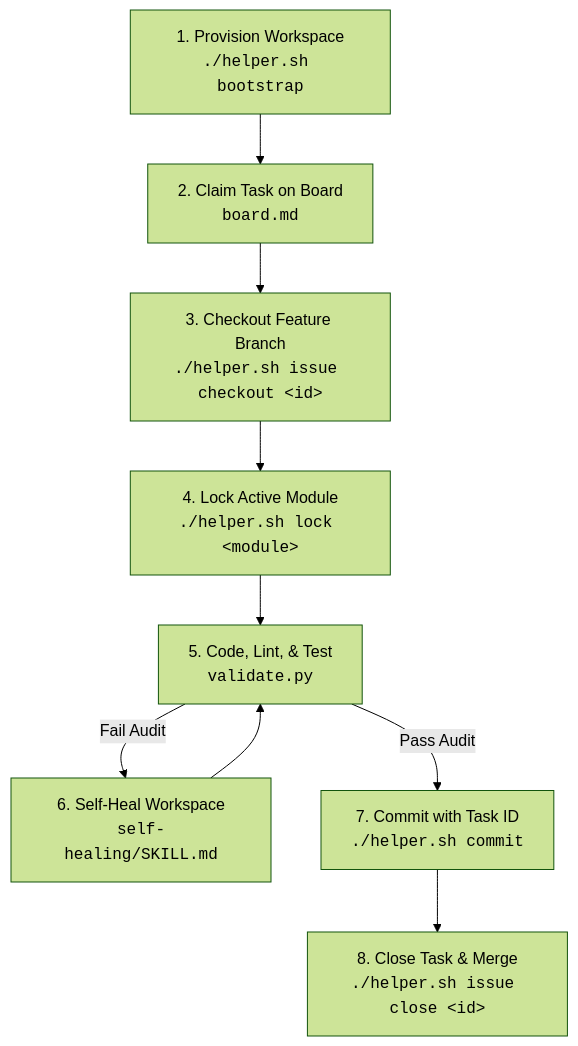
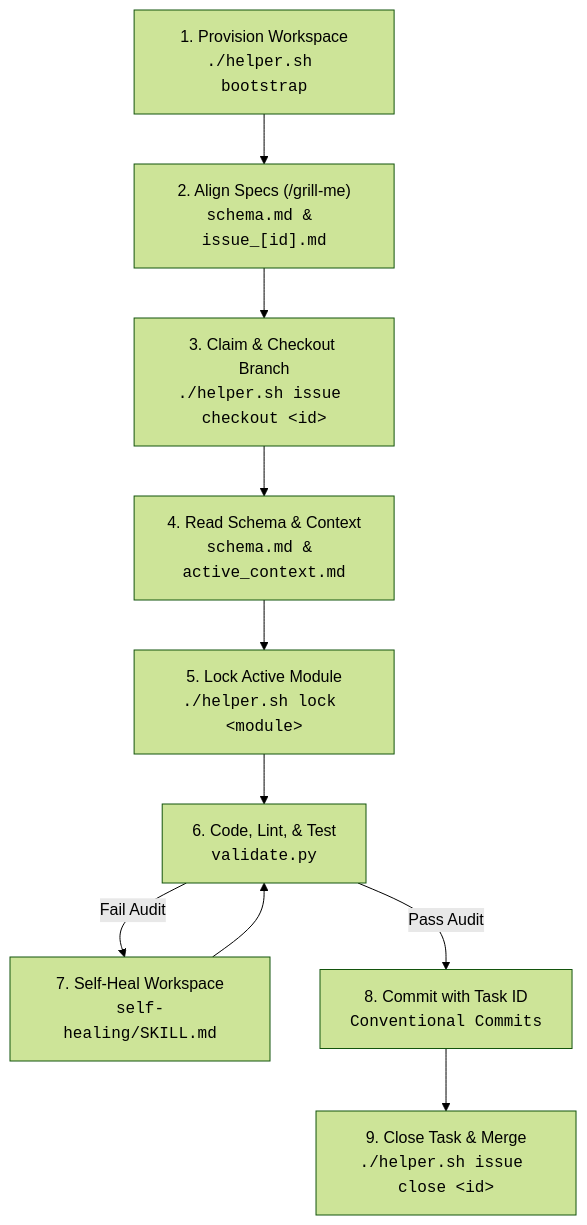
One commit to rafaelghif/antigravity-agents changed the diagram in README.md. Above: the diagram before and after it, drawn with Mermaid (forest theme). The commit also changed other lines of this file and 2 other files, not shown here.

Commit message:
docs(readme): align version and update development cycle with design specification and startup reads
Refs: issue-203

Compliance-Audit: passed

````diff
--- a/README.md
+++ b/README.md
@@ -27,11 +27,12 @@
 ```mermaid
 flowchart TD
-    A["1. Provision Workspace<br><code>./helper.sh bootstrap</code>"] --> B["2. Claim Task on Board<br><code>board.md</code>"]
-    B --> C["3. Checkout Feature Branch<br><code>./helper.sh issue checkout &lt;id&gt;</code>"]
-    C --> D["4. Lock Active Module<br><code>./helper.sh lock &lt;module&gt;</code>"]
-    D --> E["5. Code, Lint, &amp; Test<br><code>validate.py</code>"]
-    E -- "Fail Audit" --> F["6. Self-Heal Workspace<br><code>self-healing/SKILL.md</code>"]
-    F --> E
-    E -- "Pass Audit" --> G["7. Commit with Task ID<br><code>./helper.sh commit</code>"]
-    G --> H["8. Close Task &amp; Merge<br><code>./helper.sh issue close &lt;id&gt;</code>"]
+    A["1. Provision Workspace<br><code>./helper.sh bootstrap</code>"] --> B["2. Align Specs (/grill-me)<br><code>schema.md & issue_[id].md</code>"]
+    B --> C["3. Claim & Checkout Branch<br><code>./helper.sh issue checkout &lt;id&gt;</code>"]
+    C --> D["4. Read Schema & Context<br><code>schema.md & active_context.md</code>"]
+    D --> E["5. Lock Active Module<br><code>./helper.sh lock &lt;module&gt;</code>"]
+    E --> F["6. Code, Lint, &amp; Test<br><code>validate.py</code>"]
+    F -- "Fail Audit" --> G["7. Self-Heal Workspace<br><code>self-healing/SKILL.md</code>"]
+    G --> F
+    F -- "Pass Audit" --> H["8. Commit with Task ID<br><code>Conventional Commits</code>"]
+    H --> I["9. Close Task &amp; Merge<br><code>./helper.sh issue close &lt;id&gt;</code>"]
 ```
````
